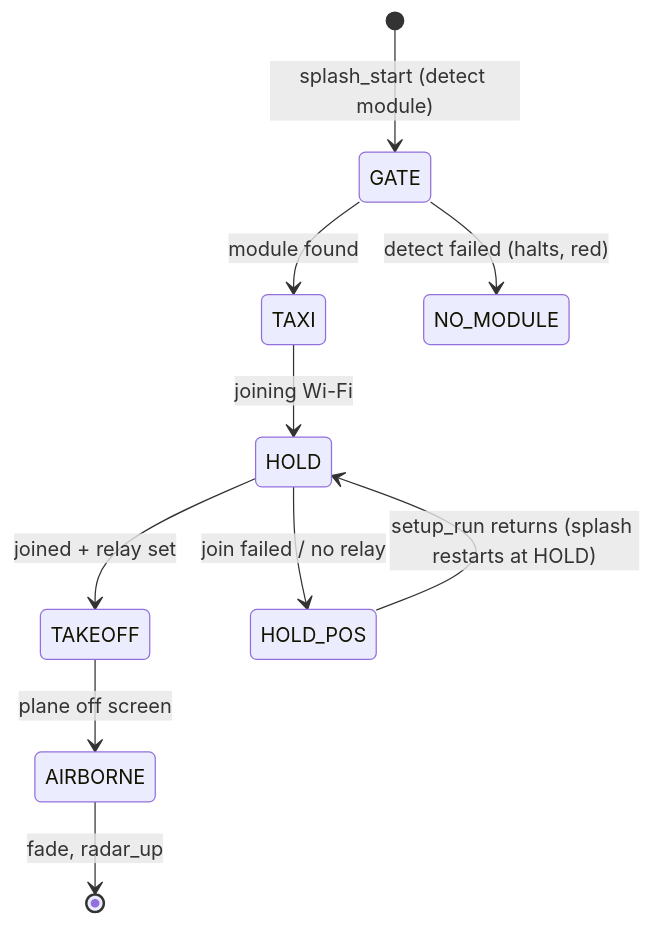
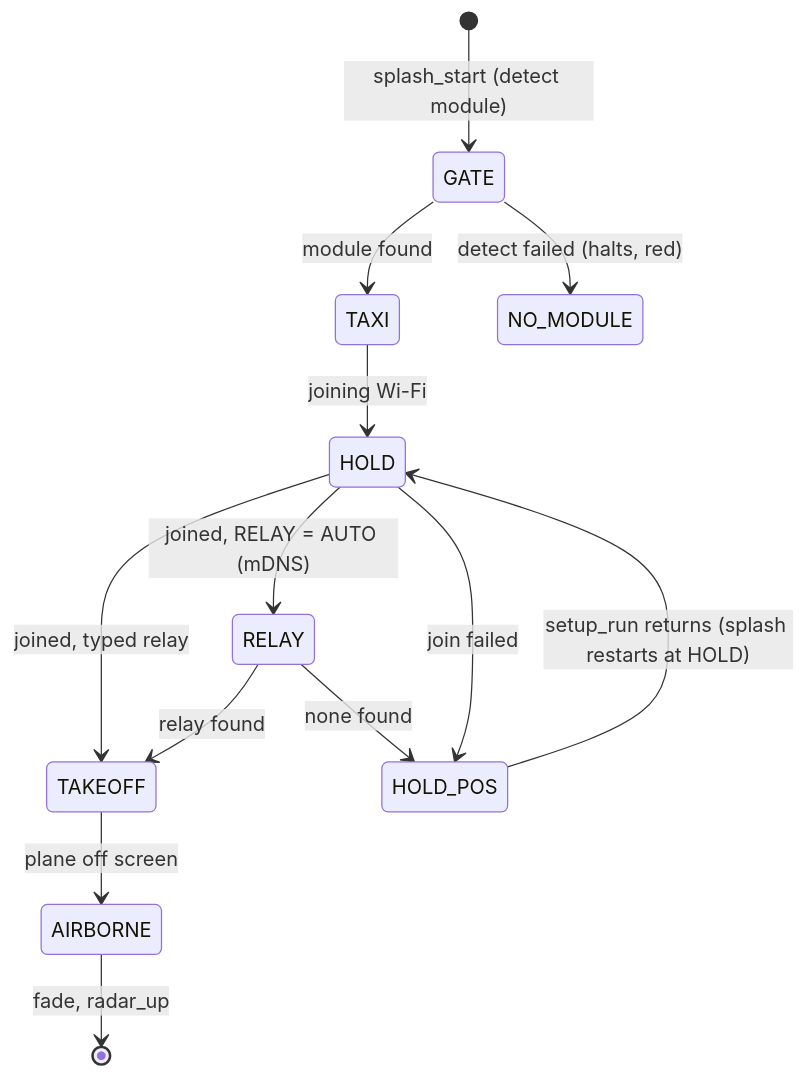
Before and after one commit to jfryman/mega-wifi-radar: the diagram in lode/ui/boot-splash.md, drawn with Mermaid. The commit also changed other lines of this file and 33 other files, not shown here.

First line of the commit message:
Find the relay over mDNS: AUTO relay on the cart, advertising relay

````diff
--- a/lode/ui/boot-splash.md
+++ b/lode/ui/boot-splash.md
@@ -8,12 +8,15 @@
 ```mermaid
 stateDiagram-v2
   [*] --> GATE: splash_start (detect module)
   GATE --> TAXI: module found
   GATE --> NO_MODULE: detect failed (halts, red)
   TAXI --> HOLD: joining Wi-Fi
-  HOLD --> TAKEOFF: joined + relay set
-  HOLD --> HOLD_POS: join failed / no relay
+  HOLD --> RELAY: joined, RELAY = AUTO (mDNS)
+  HOLD --> TAKEOFF: joined, typed relay
+  RELAY --> TAKEOFF: relay found
+  RELAY --> HOLD_POS: none found
+  HOLD --> HOLD_POS: join failed
   HOLD_POS --> HOLD: setup_run returns (splash restarts at HOLD)
   TAKEOFF --> AIRBORNE: plane off screen
   AIRBORNE --> [*]: fade, radar_up
 ```
````
